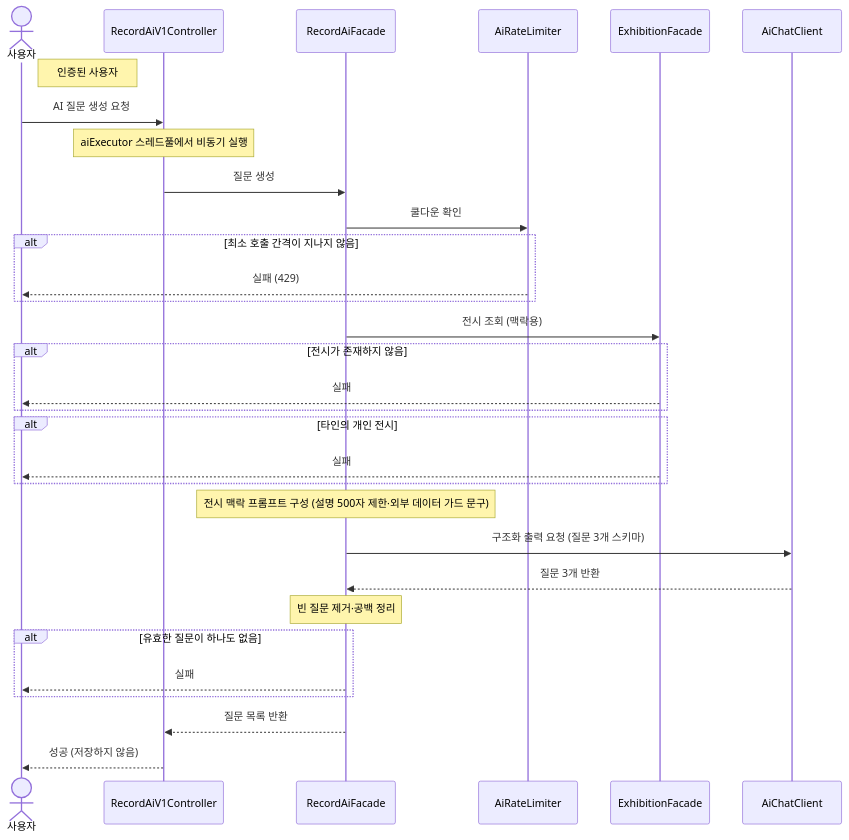
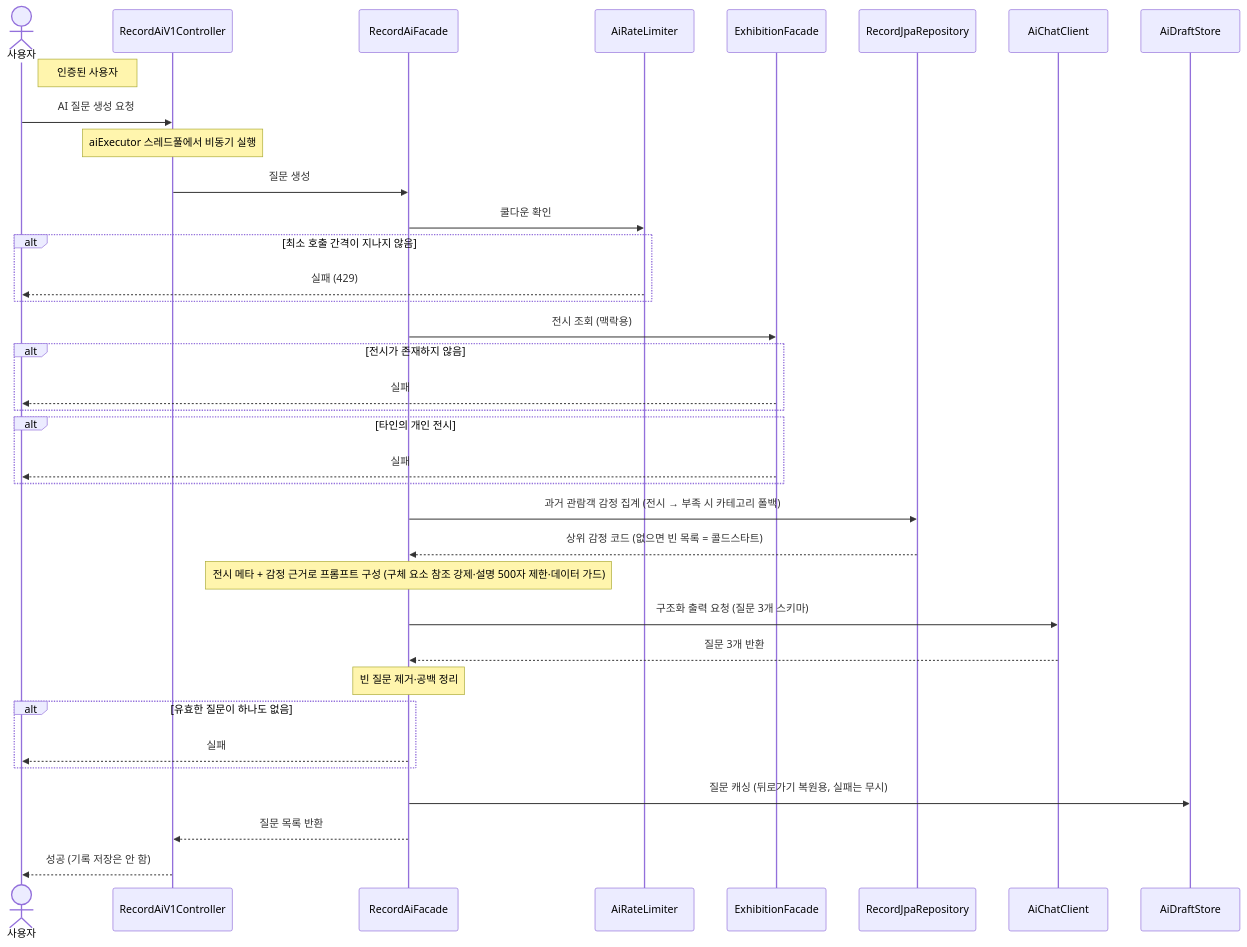
One commit to team-modi/yeowun-backend changed the diagram in docs/sequence-diagram/record/09-AI-질문-생성.md. Above: the diagram before and after it, drawn with Mermaid. The commit also changed other lines of this file and 28 other files, not shown here.

````diff
--- a/docs/sequence-diagram/record/09-AI-질문-생성.md
+++ b/docs/sequence-diagram/record/09-AI-질문-생성.md
@@ -11,40 +13,45 @@
 ```mermaid
 sequenceDiagram
     actor 사용자
     participant RecordAiV1Controller
     participant RecordAiFacade
     participant AiRateLimiter
     participant ExhibitionFacade
+    participant RecordJpaRepository
     participant AiChatClient
+    participant AiDraftStore
 
     Note right of 사용자: 인증된 사용자
 
     사용자->>RecordAiV1Controller: AI 질문 생성 요청
     Note over RecordAiV1Controller: aiExecutor 스레드풀에서 비동기 실행
     RecordAiV1Controller->>RecordAiFacade: 질문 생성
 
     RecordAiFacade->>AiRateLimiter: 쿨다운 확인
     alt 최소 호출 간격이 지나지 않음
         AiRateLimiter-->>사용자: 실패 (429)
     end
 
     RecordAiFacade->>ExhibitionFacade: 전시 조회 (맥락용)
     alt 전시가 존재하지 않음
         ExhibitionFacade-->>사용자: 실패
     end
     alt 타인의 개인 전시
         ExhibitionFacade-->>사용자: 실패
     end
 
-    Note over RecordAiFacade: 전시 맥락 프롬프트 구성 (설명 500자 제한·외부 데이터 가드 문구)
+    RecordAiFacade->>RecordJpaRepository: 과거 관람객 감정 집계 (전시 → 부족 시 카테고리 폴백)
+    RecordJpaRepository-->>RecordAiFacade: 상위 감정 코드 (없으면 빈 목록 = 콜드스타트)
+    Note over RecordAiFacade: 전시 메타 + 감정 근거로 프롬프트 구성 (구체 요소 참조 강제·설명 500자 제한·데이터 가드)
     RecordAiFacade->>AiChatClient: 구조화 출력 요청 (질문 3개 스키마)
     AiChatClient-->>RecordAiFacade: 질문 3개 반환
 
     Note over RecordAiFacade: 빈 질문 제거·공백 정리
     alt 유효한 질문이 하나도 없음
         RecordAiFacade-->>사용자: 실패
     end
 
+    RecordAiFacade->>AiDraftStore: 질문 캐싱 (뒤로가기 복원용, 실패는 무시)
     RecordAiFacade-->>RecordAiV1Controller: 질문 목록 반환
-    RecordAiV1Controller-->>사용자: 성공 (저장하지 않음)
+    RecordAiV1Controller-->>사용자: 성공 (기록 저장은 안 함)
 ```
````
